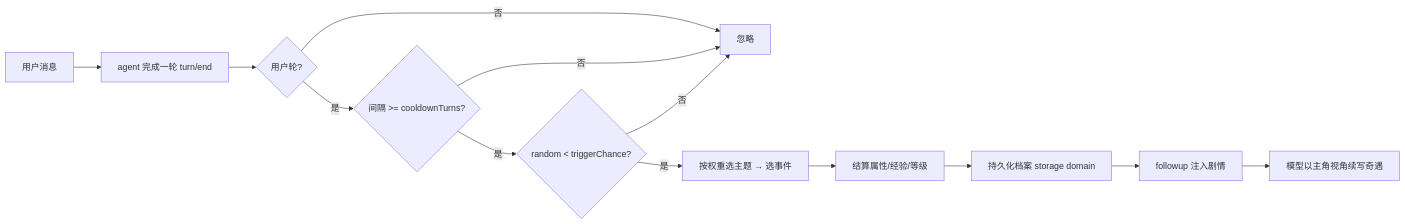
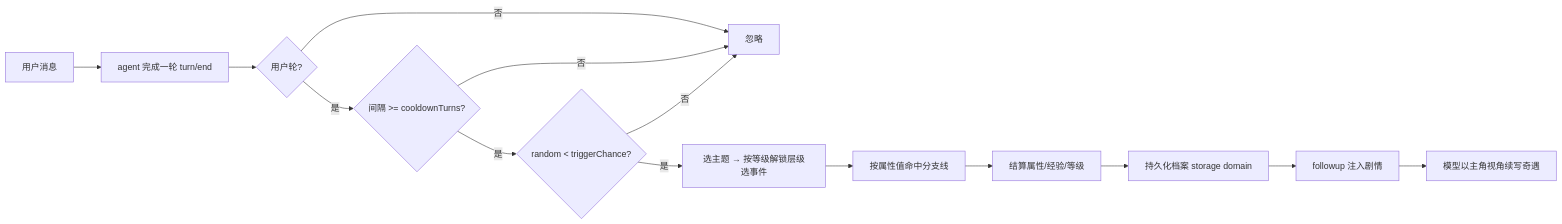
Before and after one commit to PocketSWPU/dsh-serendipity: the first of 2 diagrams in README.md, drawn with Mermaid. The commit also changed other lines of this file and 12 other files, not shown here.

````diff
--- a/README.md
+++ b/README.md
@@ -158,15 +241,16 @@
 ```mermaid
 flowchart LR
   A[用户消息] --> B[agent 完成一轮 turn/end]
   B --> C{用户轮?}
   C -- 否 --> Z[忽略]
   C -- 是 --> D{间隔 >= cooldownTurns?}
   D -- 否 --> Z
   D -- 是 --> E{random < triggerChance?}
   E -- 否 --> Z
-  E -- 是 --> F[按权重选主题 → 选事件]
-  F --> G[结算属性/经验/等级]
-  G --> H[持久化档案 storage domain]
-  H --> I[followup 注入剧情]
-  I --> J[模型以主角视角续写奇遇]
+  E -- 是 --> F[选主题 → 按等级解锁层级选事件]
+  F --> G[按属性值命中分支线]
+  G --> H[结算属性/经验/等级]
+  H --> I[持久化档案 storage domain]
+  I --> J[followup 注入剧情]
+  J --> K[模型以主角视角续写奇遇]
 ```
````
